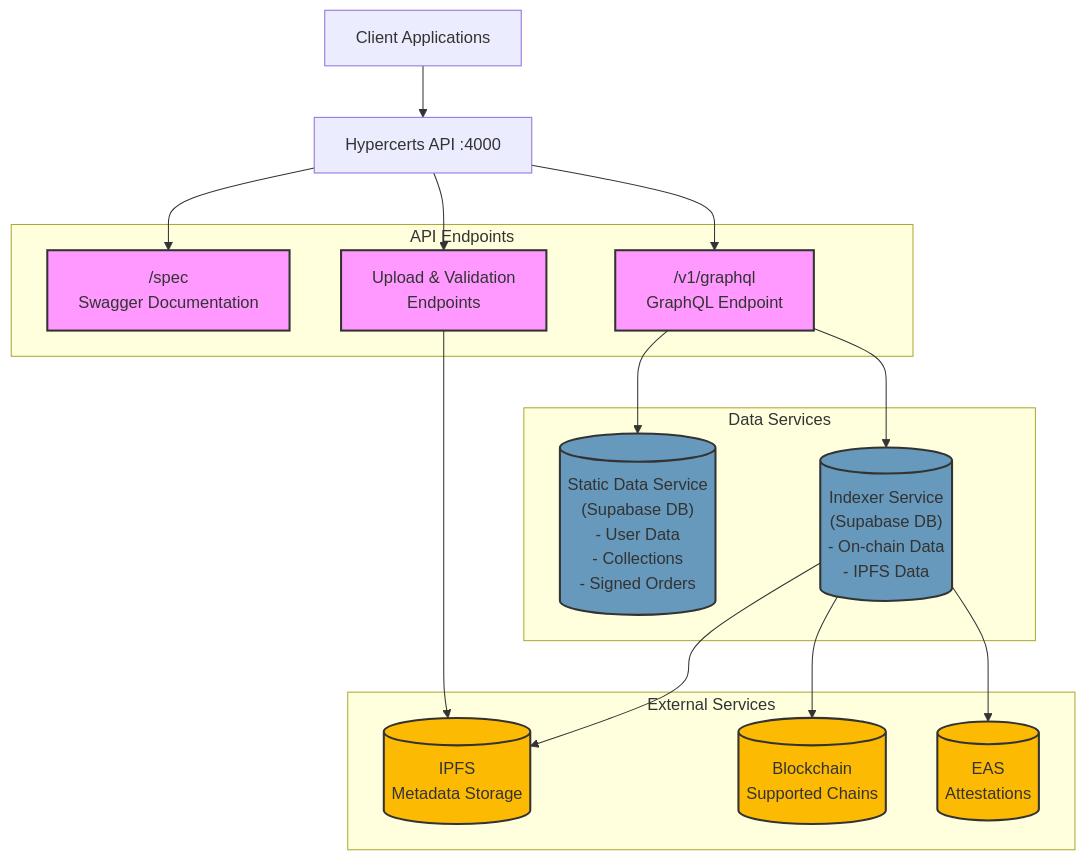
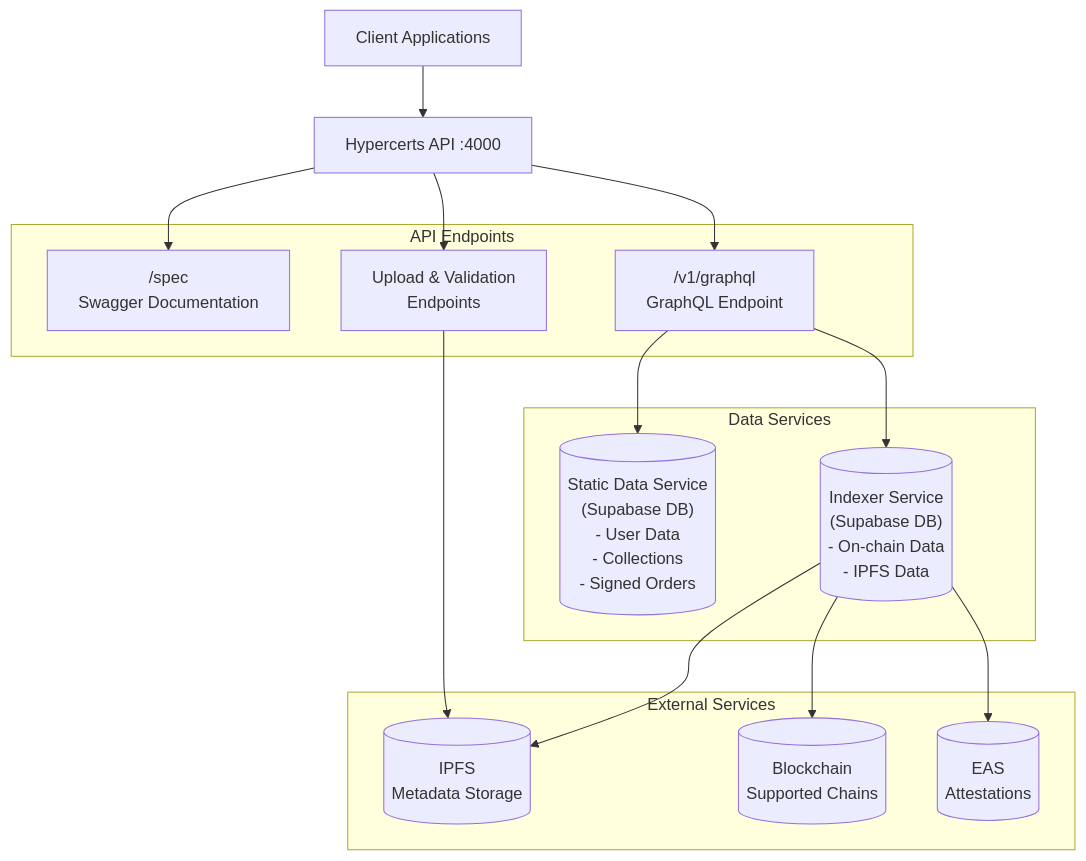
Before and after one commit to hypercerts-org/hypercerts-api: the diagram in README.md, drawn with Mermaid.

Commit message:
chore(graph): remove classDefs

````diff
--- a/README.md
+++ b/README.md
@@ -67,43 +67,39 @@
 ```mermaid
 graph TB
     Client[Client Applications]
     API[Hypercerts API :4000]
     
     subgraph "API Endpoints"
         Swagger["/spec\nSwagger Documentation"]
         GraphQL["/v1/graphql\nGraphQL Endpoint"]
         Upload["Upload & Validation\nEndpoints"]
     end
     
     subgraph "Data Services"
         Static[("Static Data Service\n(Supabase DB)\n- User Data\n- Collections\n- Signed Orders")]
         Indexer[("Indexer Service\n(Supabase DB)\n- On-chain Data\n- IPFS Data")]
     end
     
     subgraph "External Services"
         IPFS[(IPFS\nMetadata Storage)]
         Blockchain[(Blockchain\nSupported Chains)]
         EAS[(EAS\nAttestations)]
     end
     
     Client --> API
     API --> Swagger
     API --> GraphQL
     API --> Upload
     
     GraphQL --> Static
     GraphQL --> Indexer
     Upload --> IPFS
     
     Indexer --> Blockchain
     Indexer --> IPFS
     Indexer --> EAS
     
-    classDef apiEndpoint fill:#f9f,stroke:#333,stroke-width:2px;
-    classDef database fill:#69b,stroke:#333,stroke-width:2px;
-    classDef external fill:#fcba03,stroke:#333,stroke-width:2px;
-    
     class Swagger,GraphQL,Upload apiEndpoint;
     class Static,Indexer database;
     class IPFS,Blockchain,EAS external;
 ```
````
